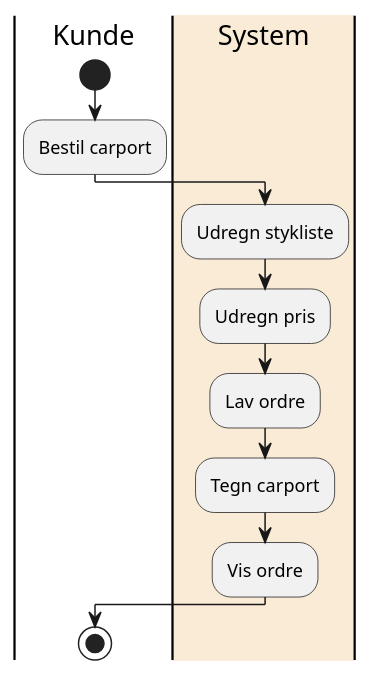
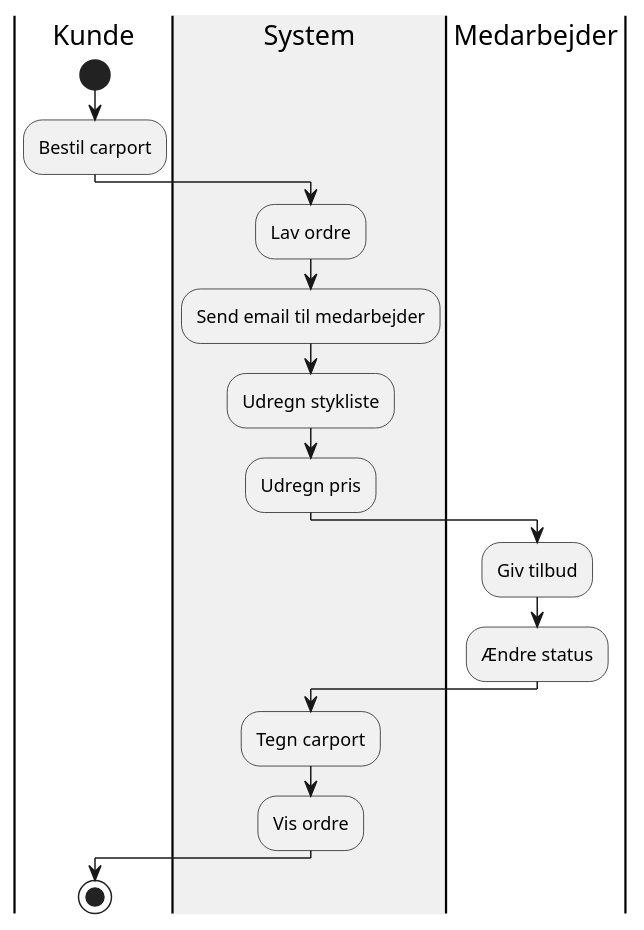
Before and after one commit to NikolajX4000/Sem2Exam: the diagram in src/main/java/UML/SwimlaneDiagramCreateCarport.puml, drawn with PlantUML. The commit also changed 7 other files, not shown here.

Commit message:
SwimlanDiagramUpdateMaterial

```diff
--- a/src/main/java/UML/SwimlaneDiagramCreateCarport.puml
+++ b/src/main/java/UML/SwimlaneDiagramCreateCarport.puml
@@ -1,13 +1,18 @@
 @startuml
 |Kunde|
 start
 :Bestil carport;
-|#AntiqueWhite|System|
+|#F0F0F0|System|
+:Lav ordre;
+:Send email til medarbejder;
 :Udregn stykliste;
 :Udregn pris;
-:Lav ordre;
+|Medarbejder|
+:Giv tilbud;
+:Ændre status;
+|System|
 :Tegn carport;
 :Vis ordre;
 |Kunde|
 stop
 @enduml
```
